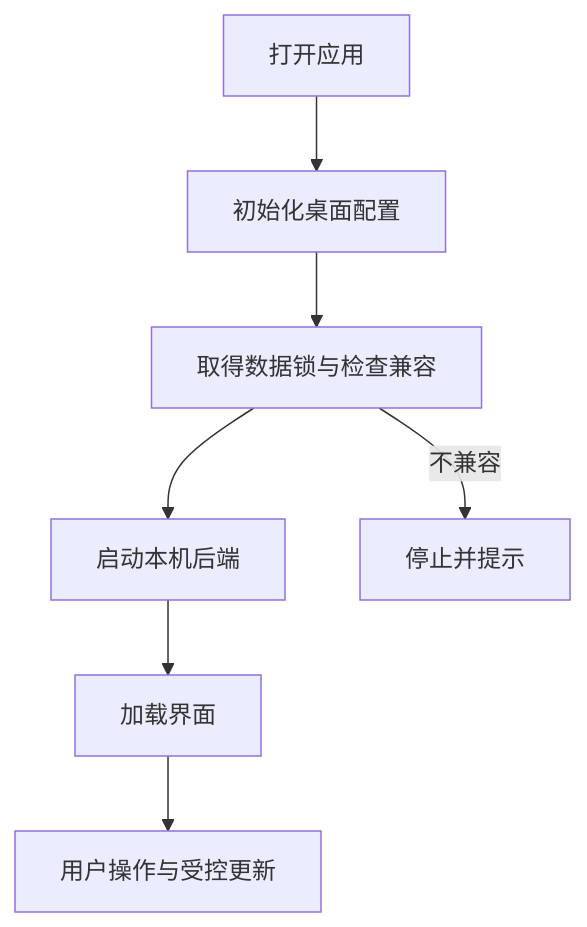
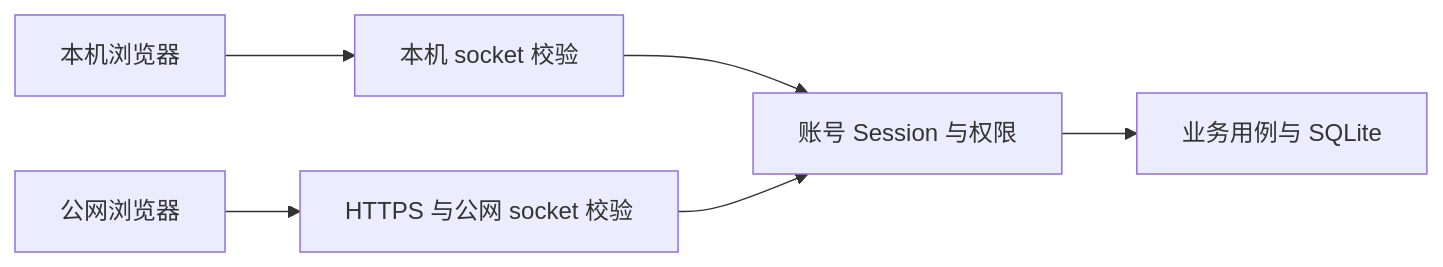
The diagram in web/src/features/thought-workshop/official/content/technical/desktop.md (EmiyaredA/Future-Props-Lab), drawn with Mermaid before and after one commit. The commit also changed other lines of this file and 261 other files, not shown here.

````diff
--- a/web/src/features/thought-workshop/official/content/technical/desktop.md
+++ b/web/src/features/thought-workshop/official/content/technical/desktop.md
@@ -23,9 +21,8 @@
 ```mermaid
-flowchart TD
-  A[打开应用] --> B[初始化桌面配置]
-  B --> C[取得数据锁与检查兼容]
-  C --> D[启动本机后端]
-  D --> E[加载界面]
-  E --> F[用户操作与受控更新]
-  C -->|不兼容| G[停止并提示]
+flowchart LR
+  A[本机浏览器] --> B[本机 socket 校验]
+  C[公网浏览器] --> D[HTTPS 与公网 socket 校验]
+  B --> E[账号 Session 与权限]
+  D --> E
+  E --> F[业务用例与 SQLite]
 ```
````
